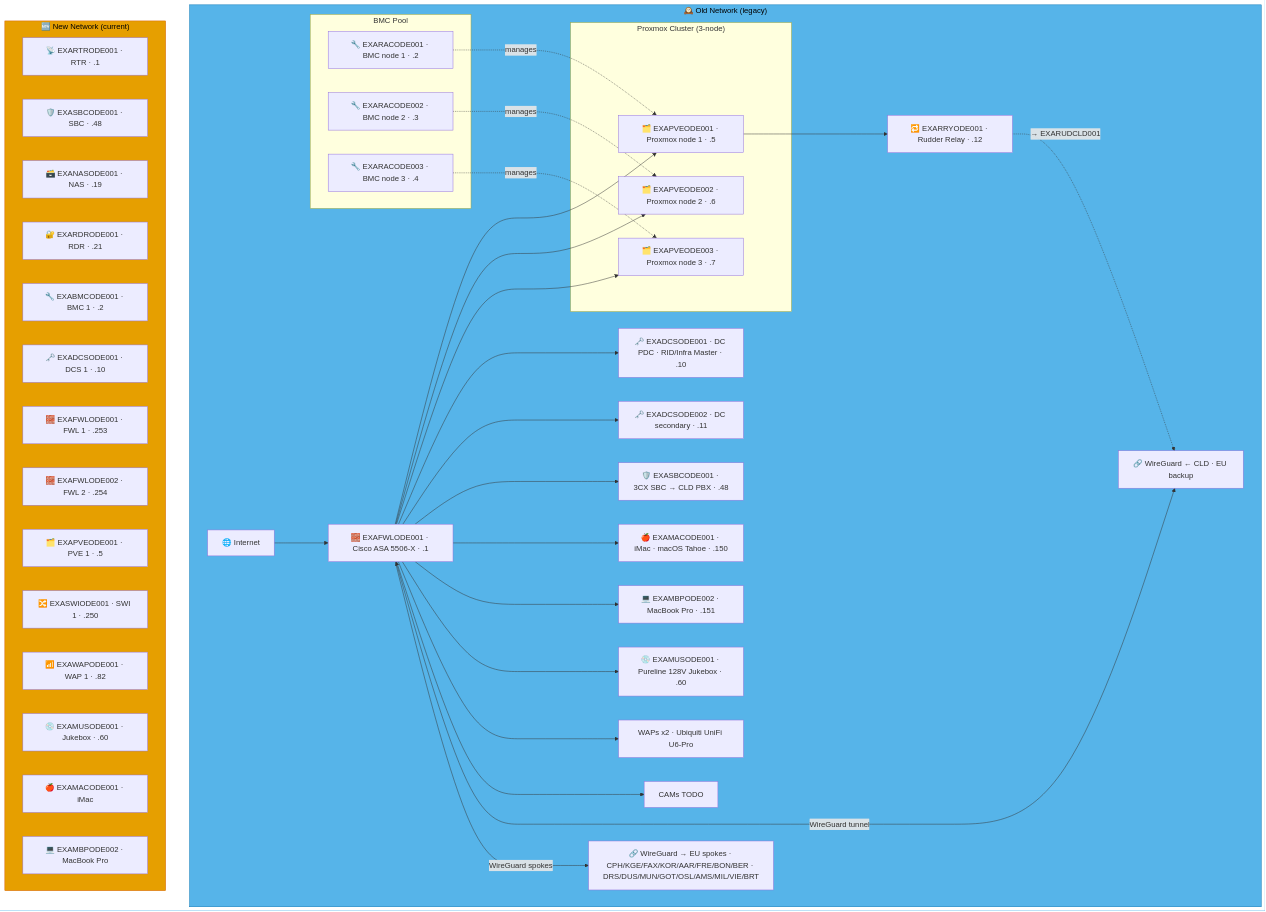
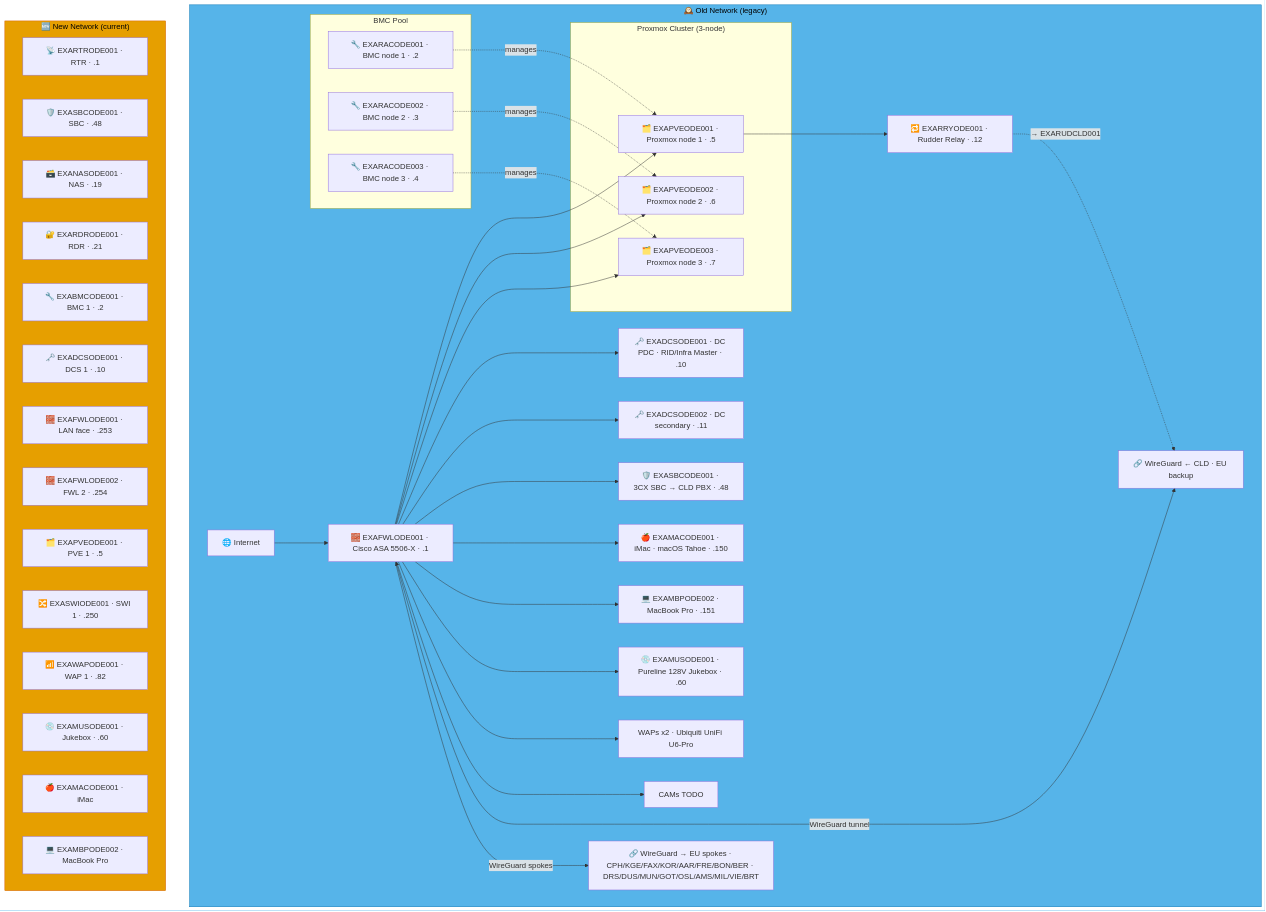
The second of 9 diagrams in docs/network-diagram/danmark.md (knightmare2600/example_music_infra), drawn with Mermaid before and after one commit. The commit also changed other lines of this file and 17 other files, not shown here.

````diff
--- a/docs/network-diagram/danmark.md
+++ b/docs/network-diagram/danmark.md
@@ -72,64 +72,64 @@
 ```mermaid
 graph TD
     subgraph OLD_ODE ["🕰️ Old Network (legacy)"]
       INET["🌐 Internet"]
       FWL["🧱 EXAFWLODE001 · Cisco ASA 5506-X · .1"]
 
       subgraph BMC ["BMC Pool"]
           RAC1["🔧 EXARACODE001 · BMC node 1 · .2"]
           RAC2["🔧 EXARACODE002 · BMC node 2 · .3"]
           RAC3["🔧 EXARACODE003 · BMC node 3 · .4"]
       end
 
       subgraph PVE ["Proxmox Cluster (3-node)"]
           PVE1["🗂️ EXAPVEODE001 · Proxmox node 1 · .5"]
           PVE2["🗂️ EXAPVEODE002 · Proxmox node 2 · .6"]
           PVE3["🗂️ EXAPVEODE003 · Proxmox node 3 · .7"]
       end
 
       DC1["🗝️ EXADCSODE001 · DC PDC · RID/Infra Master · .10"]
       DC2["🗝️ EXADCSODE002 · DC secondary · .11"]
       SBC["🛡️ EXASBCODE001 · 3CX SBC → CLD PBX · .48"]
       RRY["🔁 EXARRYODE001 · Rudder Relay · .12"]
       MAC["🍎 EXAMACODE001 · iMac · macOS Tahoe · .150"]
       MBP["💻 EXAMBPODE002 · MacBook Pro · .151"]
       JKB["💿 EXAMUSODE001 · Pureline 128V Jukebox · .60"]
       WAP["WAPs x2 · Ubiquiti UniFi U6-Pro"]
       CAM["CAMs TODO"]
       VPN_CLD["🔗 WireGuard ← CLD · EU backup"]
       VPN_EU["🔗 WireGuard → EU spokes · CPH/KGE/FAX/KOR/AAR/FRE/BON/BER · DRS/DUS/MUN/GOT/OSL/AMS/MIL/VIE/BRT"]
 
       INET --> FWL
       FWL --> PVE1 & PVE2 & PVE3
       FWL --> DC1 & DC2 & SBC
       RAC1 -.->|"manages"| PVE1
       RAC2 -.->|"manages"| PVE2
       RAC3 -.->|"manages"| PVE3
       FWL --> MAC & MBP & JKB & WAP & CAM
       FWL <-->|"WireGuard tunnel"| VPN_CLD
       FWL -->|"WireGuard spokes"| VPN_EU
 
       PVE1 --> RRY
       RRY -. "→ EXARUDCLD001" .-> VPN_CLD
     end
     style OLD_ODE fill:#56B4E9,stroke:#0072B2,color:#000000
     %% GENERATED:NEW-NETWORK:ODE:START
     subgraph NEW_ODE ["🆕 New Network (current)"]
       N_RTR["📡 EXARTRODE001 · RTR · .1"]
       N_SBC["🛡️ EXASBCODE001 · SBC · .48"]
       N_NAS["🗃️ EXANASODE001 · NAS · .19"]
       N_RDR["🔐 EXARDRODE001 · RDR · .21"]
       N_BMC["🔧 EXABMCODE001 · BMC 1 · .2"]
       N_DCS["🗝️ EXADCSODE001 · DCS 1 · .10"]
-      N_FWL["🧱 EXAFWLODE001 · FWL 1 · .253"]
+      N_FWL["🧱 EXAFWLODE001 · LAN face · .253"]
       N_FWL2["🧱 EXAFWLODE002 · FWL 2 · .254"]
       N_PVE["🗂️ EXAPVEODE001 · PVE 1 · .5"]
       N_SWI["🔀 EXASWIODE001 · SWI 1 · .250"]
       N_WAP["📶 EXAWAPODE001 · WAP 1 · .82"]
       N_MUS["💿 EXAMUSODE001 · Jukebox · .60"]
       N_MAC["🍎 EXAMACODE001 · iMac"]
       N_MBP["💻 EXAMBPODE002 · MacBook Pro"]
     end
     style NEW_ODE fill:#E69F00,stroke:#D55E00,color:#000000
     %% GENERATED:NEW-NETWORK:ODE:END
 ```
````
